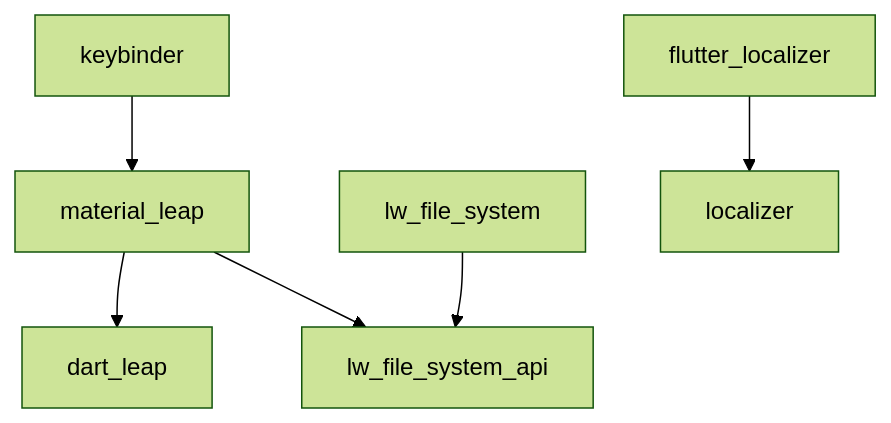
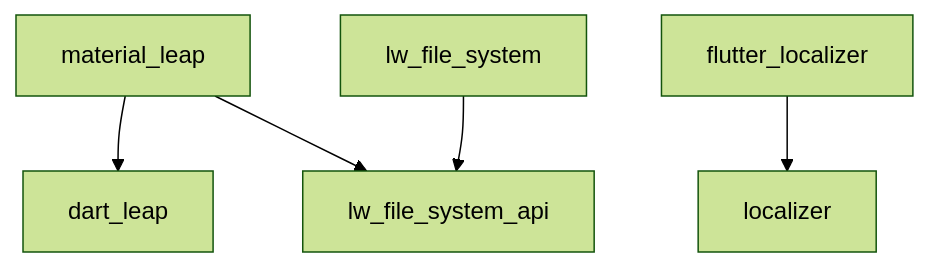
Before and after one commit to LinwoodDev/dart_pkgs: the diagram in README.md, drawn with Mermaid (forest theme). The commit also changed 67 other files, not shown here.

Commit message:
Remove material_leap dependency from keybinder

````diff
--- a/README.md
+++ b/README.md
@@ -25,11 +25,10 @@
 ```mermaid
 graph TD
   dart_leap[dart_leap]
   lw_file_system_api[lw_file_system_api]
   material_leap --> dart_leap
   material_leap --> lw_file_system_api
   lw_file_system --> lw_file_system_api
   localizer[localizer]
   flutter_localizer --> localizer
-  keybinder[keybinder] --> material_leap
 ```
````
